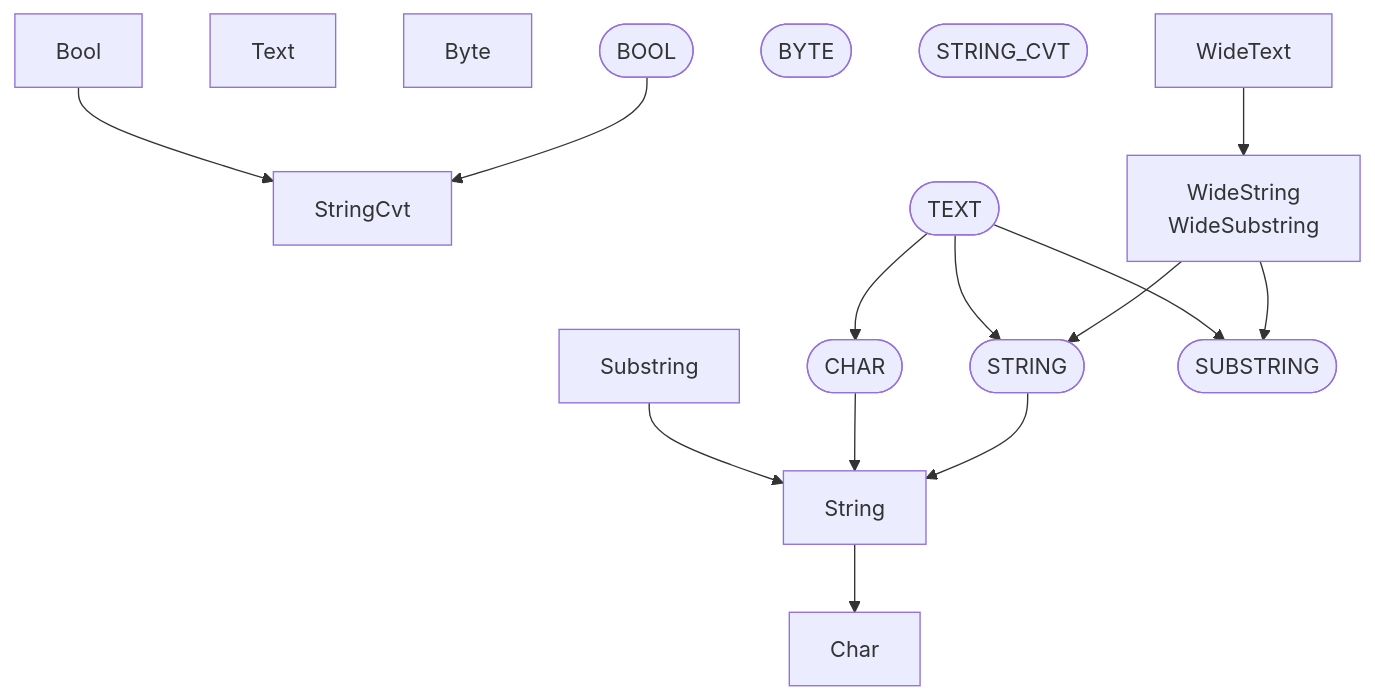
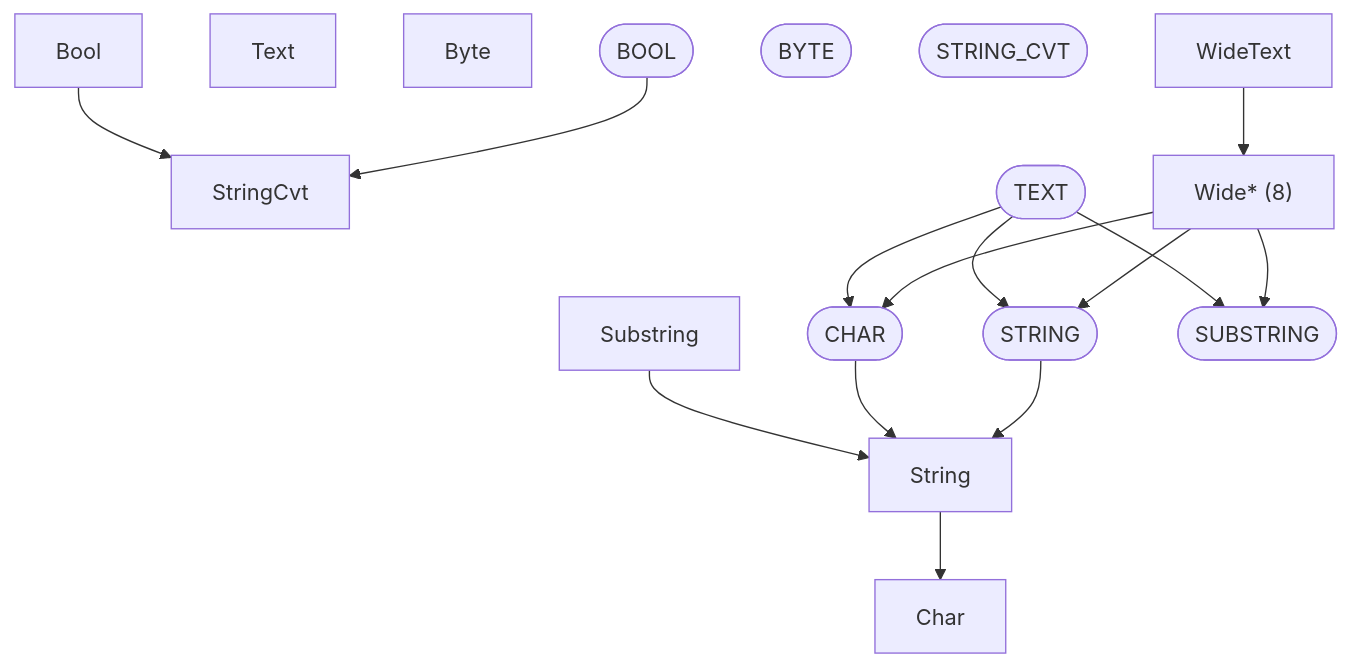
The third of 9 diagrams in docs/lib/basis/depends.md (ruudkoot/rune), drawn with Mermaid before and after one commit. The commit also changed other lines of this file and 80 other files, not shown here.

Commit message:
Seal the wide family in the 8-bit order, copy and decode wide text in C, and name types by their paths in messages (utf8 M8)

````diff
--- a/docs/lib/basis/depends.md
+++ b/docs/lib/basis/depends.md
@@ -76,31 +76,32 @@
 ```mermaid
 flowchart TD
   n1["StringCvt"]
   n2["Bool"]
   n20["Char"]
   n21["String"]
   n30["Substring"]
   n59["Text"]
   n75["Byte"]
   n104(["BOOL"])
   n105(["BYTE"])
   n106(["CHAR"])
   n132(["STRING"])
   n133(["STRING_CVT"])
   n134(["SUBSTRING"])
   n144(["TEXT"])
-  n157["WideString<br>WideSubstring"]
-  n158["WideText"]
+  n156["Wide* (8)"]
+  n157["WideText"]
   n2 --> n1
   n21 --> n20
   n30 --> n21
   n104 --> n1
   n106 --> n21
   n132 --> n21
   n144 --> n106
   n144 --> n132
   n144 --> n134
-  n157 --> n132
-  n157 --> n134
-  n158 --> n157
+  n156 --> n106
+  n156 --> n132
+  n156 --> n134
+  n157 --> n156
 ```
````
